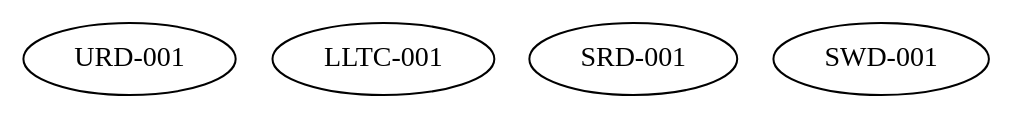
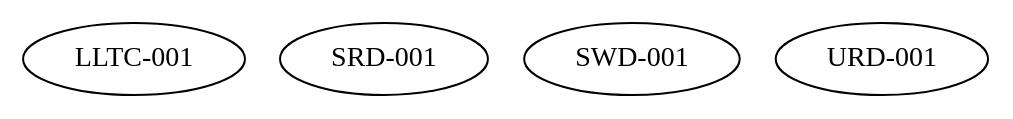
The diagram in .dotstop.dot (Zahhask45/Team04_DrivaPi), drawn with Graphviz before and after one commit. The commit also changed 33 other files, not shown here.

```diff
--- a/.dotstop.dot
+++ b/.dotstop.dot
@@ -1,9 +1,7 @@
-# This file is automatically generated by dotstop and should not be edited manually.
-# Generated using trustable 2025.9.16.
-
+# Auto-regenerated by scripts/regenerate_dotstop_dot.py
 digraph G {
-"URD-001" [sha=""];
-"LLTC-001" [sha=""];
-"SRD-001" [sha=""];
-"SWD-001" [sha="16a6144910c73dc829aee5435ba6a65ad437dbdf3bbeb6916f47ab70a33fe4fa"];
+"LLTC-001" [sha="aac0e721d1376341413a5f78c90bb649d5ba3fd9471bf78b0afdb6ef249249a3" path="reqs/lltc/LLTC-001.yml"];
+"SRD-001" [sha="c633d7cd40c249ea6b61298f571272e7d568e63524b64f9332dbc1ca79b31370" path="reqs/srd/SRD-001.yml"];
+"SWD-001" [sha="c9222c65e7b410c9599282da75cb15906c7b4dc852471c71ff493cf502c3f176" path="reqs/swd/SWD-001.yml"];
+"URD-001" [sha="fd174bf4ed3ed2563645318c5bf5d0bc7d69d5efacff9e2634a3d61b7b46ab5e" path="reqs/urd/URD-001.yml"];
 }
```
